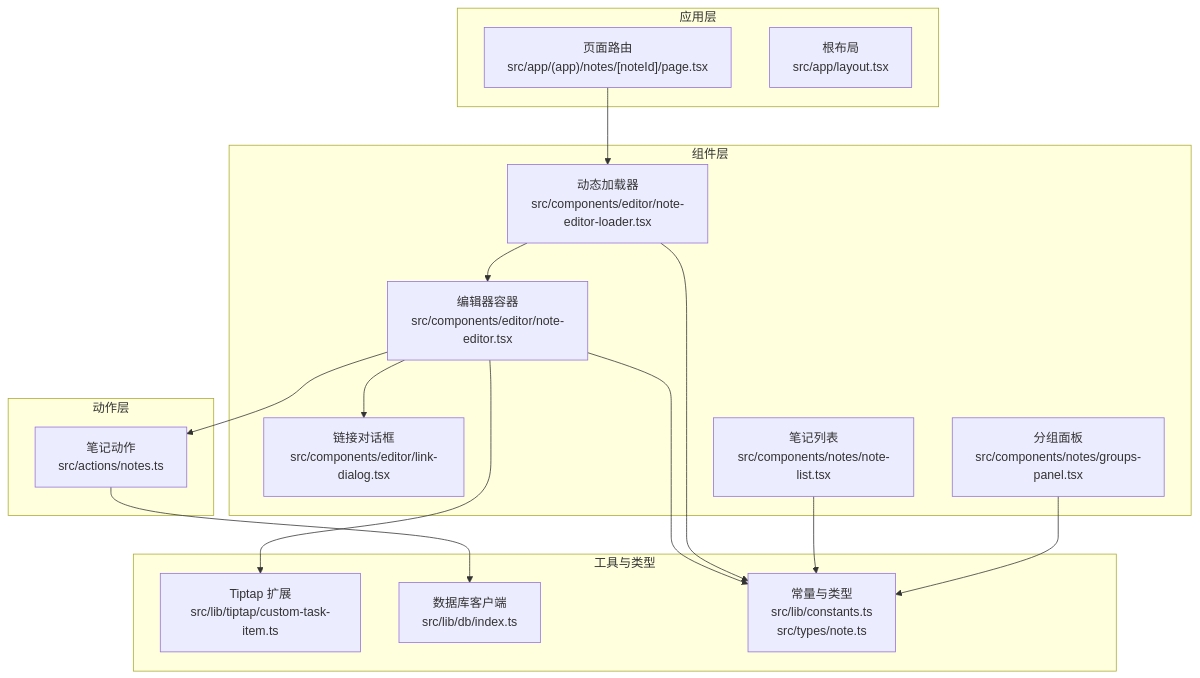
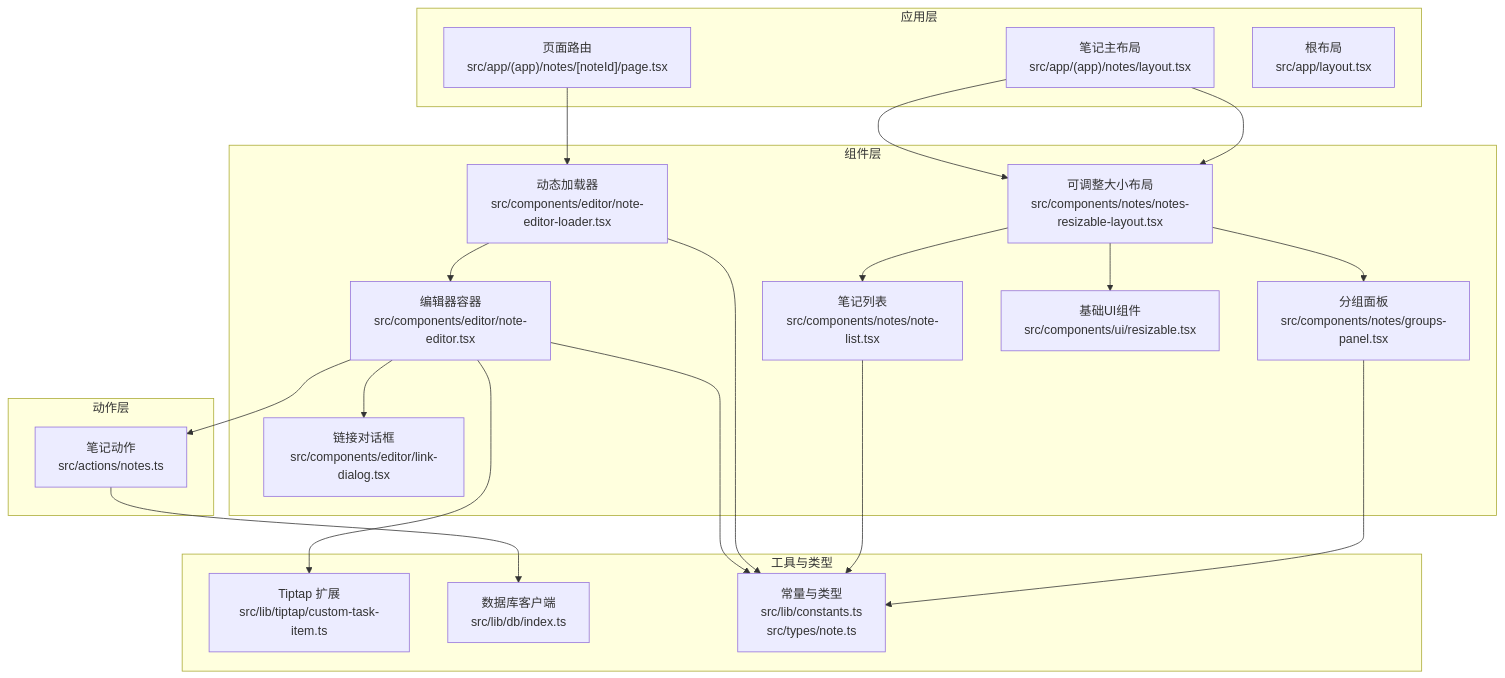
Before and after one commit to qiuziGirl/smart-todo: the first of 5 diagrams in .qoder/repowiki/zh/content/架构设计/组件架构设计.md, drawn with Mermaid. The commit also changed other lines of this file and 8 other files, not shown here.

````diff
--- a/.qoder/repowiki/zh/content/架构设计/组件架构设计.md
+++ b/.qoder/repowiki/zh/content/架构设计/组件架构设计.md
@@ -43,31 +58,37 @@
 ```mermaid
 graph TB
 subgraph "应用层"
 A["页面路由<br/>src/app/(app)/notes/[noteId]/page.tsx"]
-B["根布局<br/>src/app/layout.tsx"]
+B["笔记主布局<br/>src/app/(app)/notes/layout.tsx"]
+C["根布局<br/>src/app/layout.tsx"]
 end
 subgraph "组件层"
-C["编辑器容器<br/>src/components/editor/note-editor.tsx"]
-D["动态加载器<br/>src/components/editor/note-editor-loader.tsx"]
-E["链接对话框<br/>src/components/editor/link-dialog.tsx"]
-F["笔记列表<br/>src/components/notes/note-list.tsx"]
-G["分组面板<br/>src/components/notes/groups-panel.tsx"]
+D["编辑器容器<br/>src/components/editor/note-editor.tsx"]
+E["动态加载器<br/>src/components/editor/note-editor-loader.tsx"]
+F["链接对话框<br/>src/components/editor/link-dialog.tsx"]
+G["笔记列表<br/>src/components/notes/note-list.tsx"]
+H["分组面板<br/>src/components/notes/groups-panel.tsx"]
+I["可调整大小布局<br/>src/components/notes/notes-resizable-layout.tsx"]
+J["基础UI组件<br/>src/components/ui/resizable.tsx"]
 end
 subgraph "工具与类型"
-H["Tiptap 扩展<br/>src/lib/tiptap/custom-task-item.ts"]
-I["数据库客户端<br/>src/lib/db/index.ts"]
-J["常量与类型<br/>src/lib/constants.ts<br/>src/types/note.ts"]
+K["Tiptap 扩展<br/>src/lib/tiptap/custom-task-item.ts"]
+L["数据库客户端<br/>src/lib/db/index.ts"]
+M["常量与类型<br/>src/lib/constants.ts<br/>src/types/note.ts"]
 end
 subgraph "动作层"
-K["笔记动作<br/>src/actions/notes.ts"]
+N["笔记动作<br/>src/actions/notes.ts"]
 end
-A --> D --> C
-C --> E
-C --> K
-C --> H
-C --> J
-D --> J
-F --> J
-G --> J
-K --> I
+A --> E --> D
+B --> I --> G
+B --> I --> H
+I --> J
+D --> F
+D --> N
+D --> K
+D --> M
+E --> M
+G --> M
+H --> M
+N --> L
 ```
````
